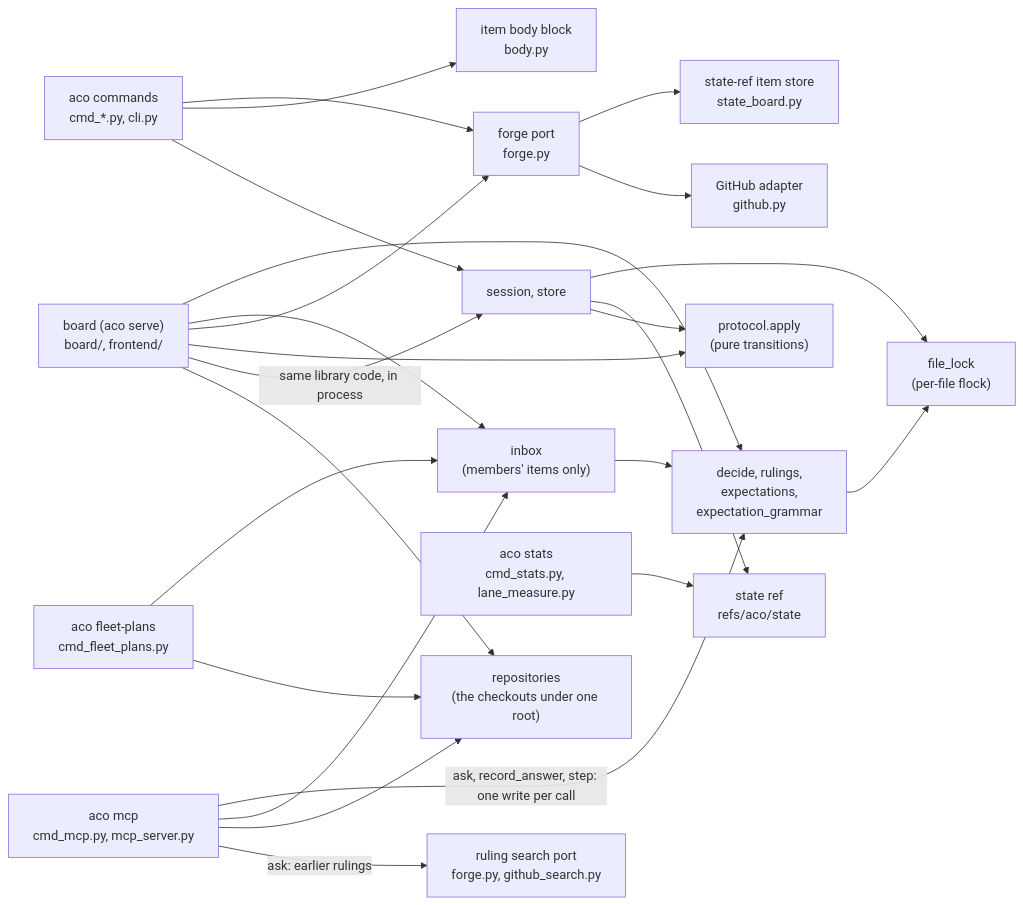
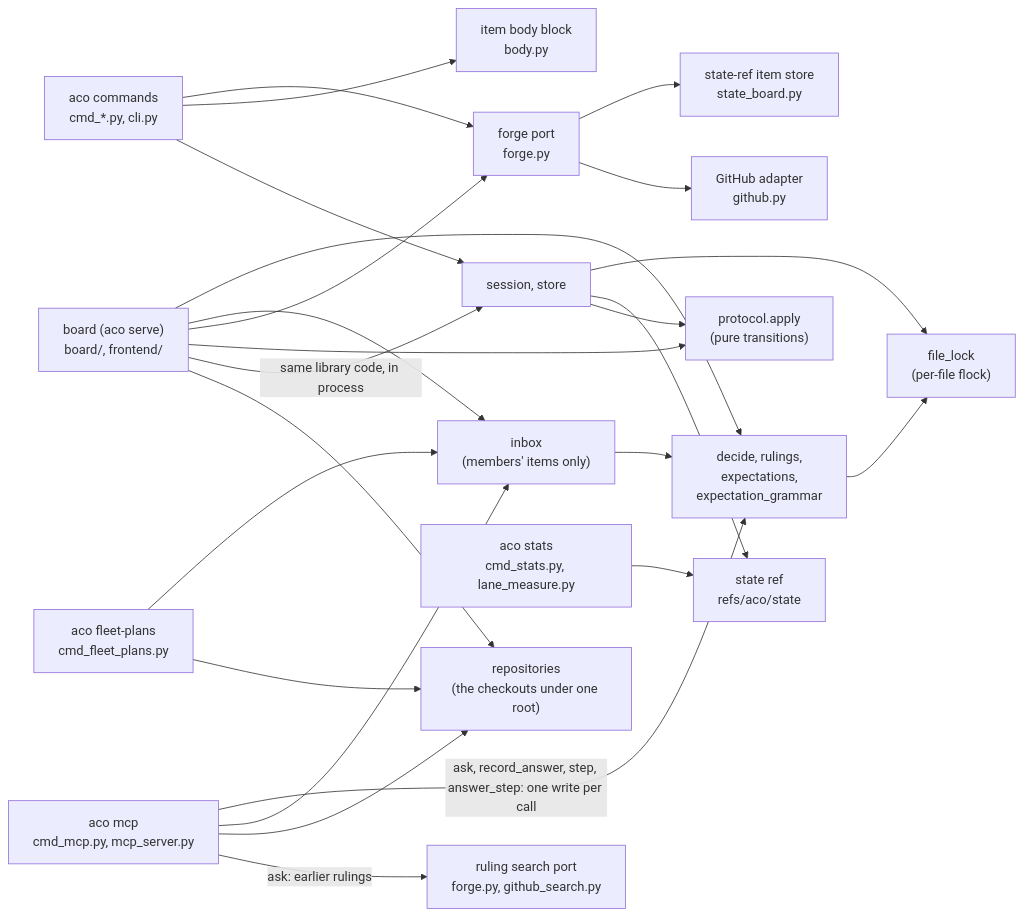
The second of 3 diagrams in docs/ARCHITECTURE.md (overnightworks/aco), drawn with Mermaid before and after one commit. The commit also changed other lines of this file and 16 other files, not shown here.

First line of the commit message:
An MCP answer_step tool records the operator's step answer given in chat (#948)

````diff
--- a/docs/ARCHITECTURE.md
+++ b/docs/ARCHITECTURE.md
@@ -32,29 +32,29 @@
 ```mermaid
 flowchart LR
     CLI["aco commands<br/>cmd_*.py, cli.py"] --> Session["session, store"]
     Session --> Protocol["protocol.apply<br/>(pure transitions)"]
     Session --> Store["state ref<br/>refs/aco/state"]
     CLI --> Body["item body block<br/>body.py"]
     CLI --> Port["forge port<br/>forge.py"]
     Port --> GitHub["GitHub adapter<br/>github.py"]
     Port --> StateBoard["state-ref item store<br/>state_board.py"]
     Mcp -->|"ask: earlier rulings"| Search["ruling search port<br/>forge.py, github_search.py"]
     Board["board (aco serve)<br/>board/, frontend/"]
     Mcp["aco mcp<br/>cmd_mcp.py, mcp_server.py"]
     Mcp --> Repos
     Mcp --> Inbox
     Plans["aco fleet-plans<br/>cmd_fleet_plans.py"]
     Plans --> Repos
     Plans --> Inbox
     Stats["aco stats<br/>cmd_stats.py, lane_measure.py"] --> Store
-    Mcp -->|"ask, record_answer, step: one write per call"| Dec
+    Mcp -->|"ask, record_answer, step, answer_step: one write per call"| Dec
     Board --> Repos["repositories<br/>(the checkouts under one root)"]
     Board -->|"same library code, in process"| Session
     Board --> Protocol
     Board --> Port
     Board --> Inbox["inbox<br/>(members' items only)"]
     Inbox --> Dec
     Dec --> Lock["file_lock<br/>(per-file flock)"]
     Session --> Lock
     Board --> Dec["decide, rulings,<br/>expectations,<br/>expectation_grammar"]
 ```
````
